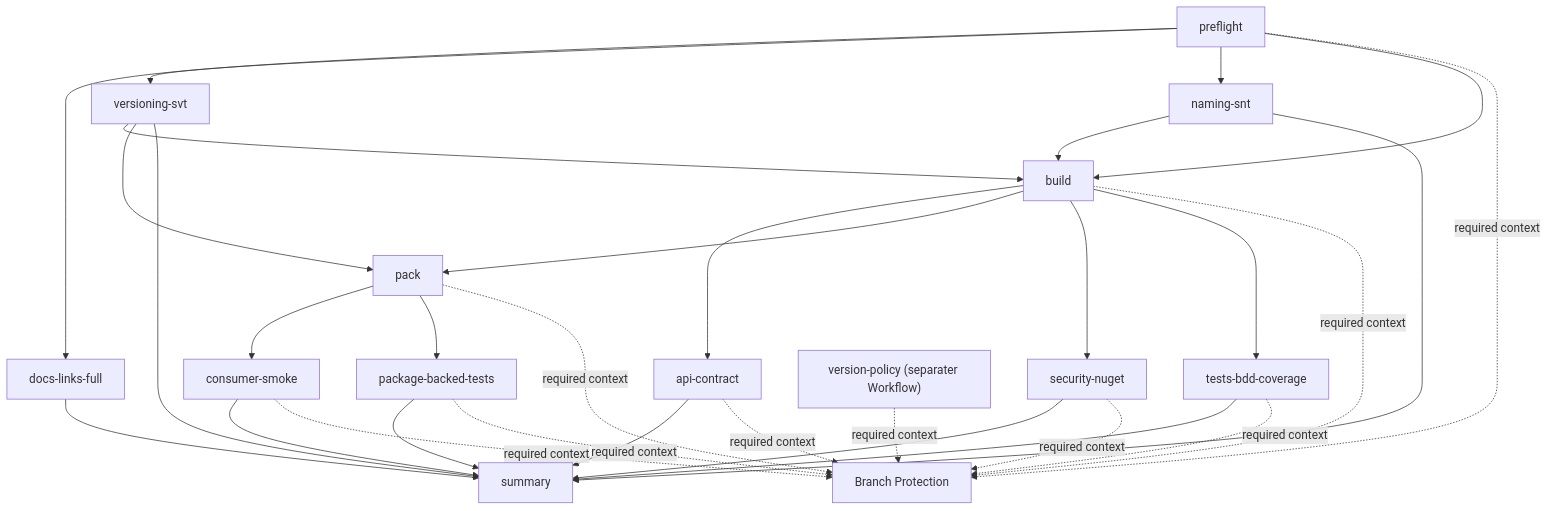
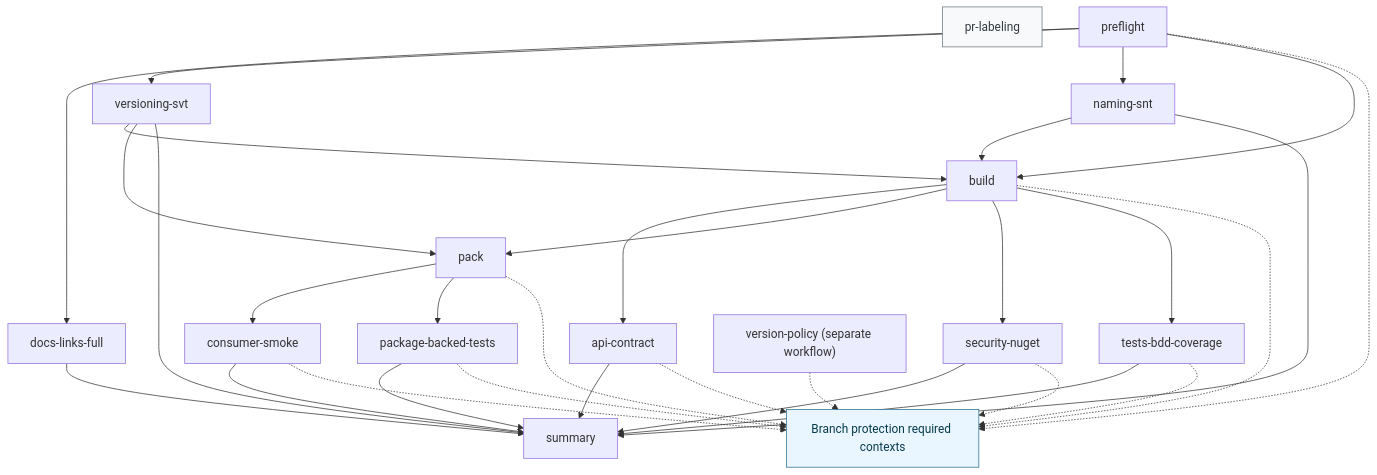
Before and after one commit to tomtastisch/FileClassifier: the diagram in docs/ci/001_PIPELINE_CI.MD, drawn with Mermaid. The commit also changed other lines of this file and 2 other files, not shown here.

````diff
--- a/docs/ci/001_PIPELINE_CI.MD
+++ b/docs/ci/001_PIPELINE_CI.MD
@@ -32,33 +16,39 @@
 ```mermaid
 flowchart TD
-  preflight["preflight"] --> docs["docs-links-full"]
-  preflight --> svt["versioning-svt"]
-  preflight --> naming["naming-snt"]
-  preflight --> build["build"]
+  pr["pr-labeling"]:::meta
+  pre["preflight"] --> docs["docs-links-full"]
+  pre --> svt["versioning-svt"]
+  pre --> naming["naming-snt"]
+  pre --> build["build"]
   svt --> build
   naming --> build
   build --> api["api-contract"]
   build --> pack["pack"]
   svt --> pack
   pack --> smoke["consumer-smoke"]
-  pack --> pkgtests["package-backed-tests"]
+  pack --> pkg["package-backed-tests"]
   build --> sec["security-nuget"]
   build --> bdd["tests-bdd-coverage"]
-  docs --> summary["summary"]
-  naming --> summary
-  svt --> summary
-  api --> summary
-  smoke --> summary
-  pkgtests --> summary
-  sec --> summary
-  bdd --> summary
-  vp["version-policy (separater Workflow)"] -. required context .-> mainGate["Branch Protection"]
-  preflight -. required context .-> mainGate
-  build -. required context .-> mainGate
-  api -. required context .-> mainGate
-  pack -. required context .-> mainGate
-  smoke -. required context .-> mainGate
-  pkgtests -. required context .-> mainGate
-  sec -. required context .-> mainGate
-  bdd -. required context .-> mainGate
+  docs --> sum["summary"]
+  naming --> sum
+  svt --> sum
+  api --> sum
+  smoke --> sum
+  pkg --> sum
+  sec --> sum
+  bdd --> sum
+
+  req["Branch protection required contexts"]:::gate
+  pre -.-> req
+  build -.-> req
+  api -.-> req
+  pack -.-> req
+  smoke -.-> req
+  pkg -.-> req
+  sec -.-> req
+  bdd -.-> req
+  vp["version-policy (separate workflow)"] -.-> req
+
+  classDef gate fill:#e9f5ff,stroke:#2a6f97,color:#073b4c;
+  classDef meta fill:#f8f9fa,stroke:#6c757d,color:#343a40;
 ```
````
